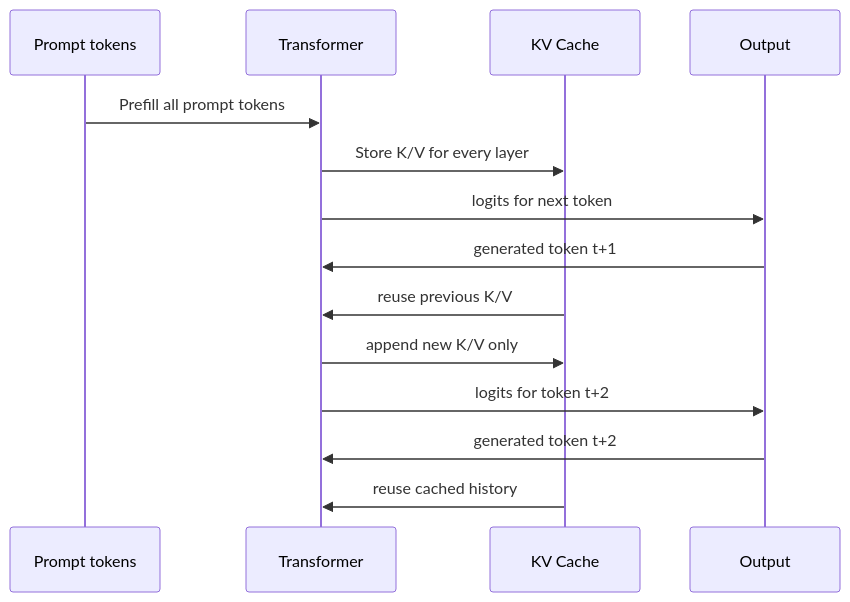
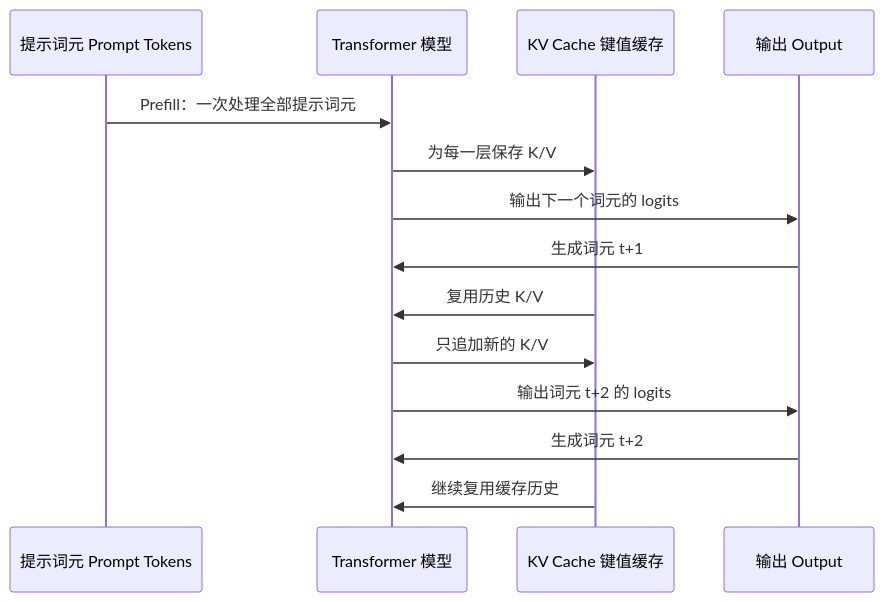
One commit to Yukun-Zheng/LLM-development changed the eighth of 12 diagrams in figures/README.md. Above: the diagram before and after it, drawn with Mermaid. The commit also changed other lines of this file, not shown here.

Commit message:
docs: localize figure labels with Chinese

````diff
--- a/figures/README.md
+++ b/figures/README.md
@@ -208,17 +208,17 @@
 ```mermaid
 sequenceDiagram
-    participant P as Prompt tokens
-    participant M as Transformer
-    participant C as KV Cache
-    participant O as Output
+    participant P as 提示词元 Prompt Tokens
+    participant M as Transformer 模型
+    participant C as KV Cache 键值缓存
+    participant O as 输出 Output
 
-    P->>M: Prefill all prompt tokens
-    M->>C: Store K/V for every layer
-    M->>O: logits for next token
-    O->>M: generated token t+1
-    C->>M: reuse previous K/V
-    M->>C: append new K/V only
-    M->>O: logits for token t+2
-    O->>M: generated token t+2
-    C->>M: reuse cached history
+    P->>M: Prefill：一次处理全部提示词元
+    M->>C: 为每一层保存 K/V
+    M->>O: 输出下一个词元的 logits
+    O->>M: 生成词元 t+1
+    C->>M: 复用历史 K/V
+    M->>C: 只追加新的 K/V
+    M->>O: 输出词元 t+2 的 logits
+    O->>M: 生成词元 t+2
+    C->>M: 继续复用缓存历史
 ```
````
